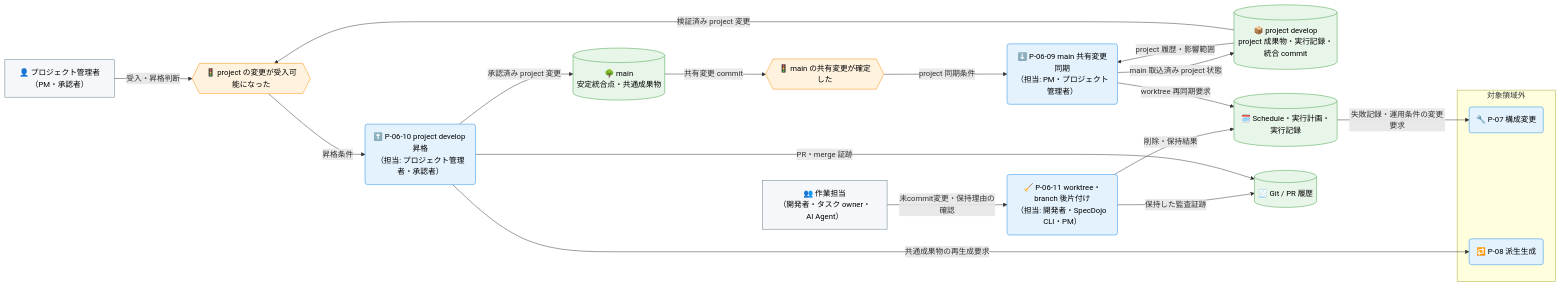
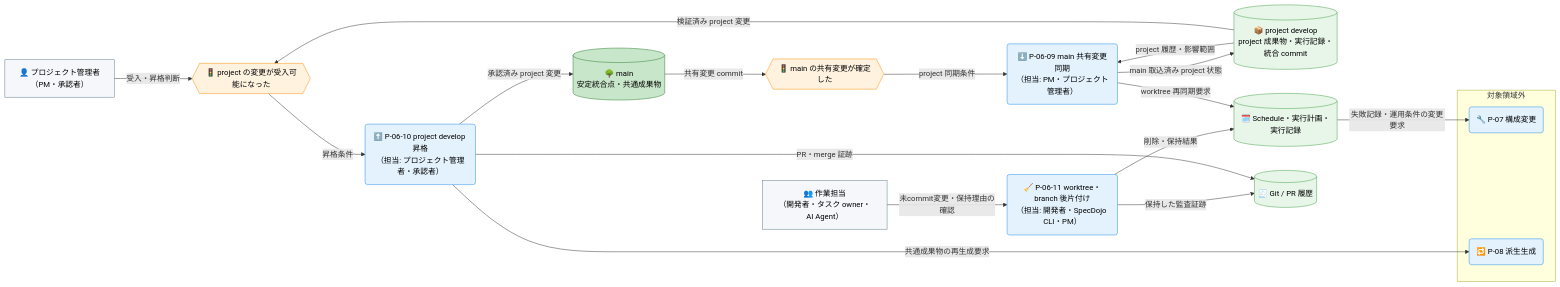
One commit to specdojo/specdojo changed the fourth of 4 diagrams in docs/ja/product/010-business-specs/010-data-flow/cdfd-multi-project.md. Above: the diagram before and after it, drawn with Mermaid. The commit also changed other lines of this file and 6 other files, not shown here.

````diff
--- a/docs/ja/product/010-business-specs/010-data-flow/cdfd-multi-project.md
+++ b/docs/ja/product/010-business-specs/010-data-flow/cdfd-multi-project.md
@@ -224,50 +228,52 @@
 ```mermaid
 flowchart LR
   classDef process fill:#e3f2fd,stroke:#1e88e5,color:#000
   classDef event fill:#fff3e0,stroke:#fb8c00,color:#000
-  classDef store fill:#e8f5e9,stroke:#43a047,color:#000
+  classDef storeMaster fill:#c8e6c9,stroke:#2e7d32,color:#000
+  classDef storeTransaction fill:#e8f5e9,stroke:#43a047,color:#000
   classDef actor fill:#f5f7fa,stroke:#607d8b,color:#000
 
   プロジェクト管理者["👤 プロジェクト管理者<br>（PM・承認者）"]
   作業担当["👥 作業担当<br>（開発者・タスク owner・AI Agent）"]
 
   main更新{{"🚦 main の共有変更が確定した"}}
   project受入{{"🚦 project の変更が受入可能になった"}}
 
   main共有変更同期("⬇️ P-06-09 main 共有変更同期<br>（担当: PM・プロジェクト管理者）")
   projectDevelop昇格("⬆️ P-06-10 project develop 昇格<br>（担当: プロジェクト管理者・承認者）")
   worktreeBranch後片付け("🧹 P-06-11 worktree・branch 後片付け<br>（担当: 開発者・SpecDojo CLI・PM）")
 
   main[("🌳 main<br>安定統合点・共通成果物")]
   projectDevelop[("📦 project develop<br>project 成果物・実行記録・統合 commit")]
   実行計画記録[("🗓️ Schedule・実行計画・実行記録")]
   GitPR履歴[("🧾 Git / PR 履歴")]
 
   subgraph 領域外統合後片付け["対象領域外"]
     構成変更("🔧 P-07 構成変更")
     派生生成("🔁 P-08 派生生成")
   end
 
   作業担当 -->|"未commit変更・保持理由の確認"| worktreeBranch後片付け
   worktreeBranch後片付け -->|"削除・保持結果"| 実行計画記録
   worktreeBranch後片付け -->|"保持した監査証跡"| GitPR履歴
 
   main -->|"共有変更 commit"| main更新
   main更新 -->|"project 同期条件"| main共有変更同期
   projectDevelop -->|"project 履歴・影響範囲"| main共有変更同期
   main共有変更同期 -->|"main 取込済み project 状態"| projectDevelop
   main共有変更同期 -->|"worktree 再同期要求"| 実行計画記録
 
   プロジェクト管理者 -->|"受入・昇格判断"| project受入
   projectDevelop -->|"検証済み project 変更"| project受入
   project受入 -->|"昇格条件"| projectDevelop昇格
   projectDevelop昇格 -->|"承認済み project 変更"| main
   projectDevelop昇格 -->|"PR・merge 証跡"| GitPR履歴
   projectDevelop昇格 -->|"共通成果物の再生成要求"| 派生生成
   実行計画記録 -->|"失敗記録・運用条件の変更要求"| 構成変更
 
   class main共有変更同期,projectDevelop昇格,worktreeBranch後片付け,構成変更,派生生成 process
   class main更新,project受入 event
-  class main,projectDevelop,実行計画記録,GitPR履歴 store
+  class main storeMaster
+  class projectDevelop,実行計画記録,GitPR履歴 storeTransaction
   class プロジェクト管理者,作業担当 actor
 ```
````
